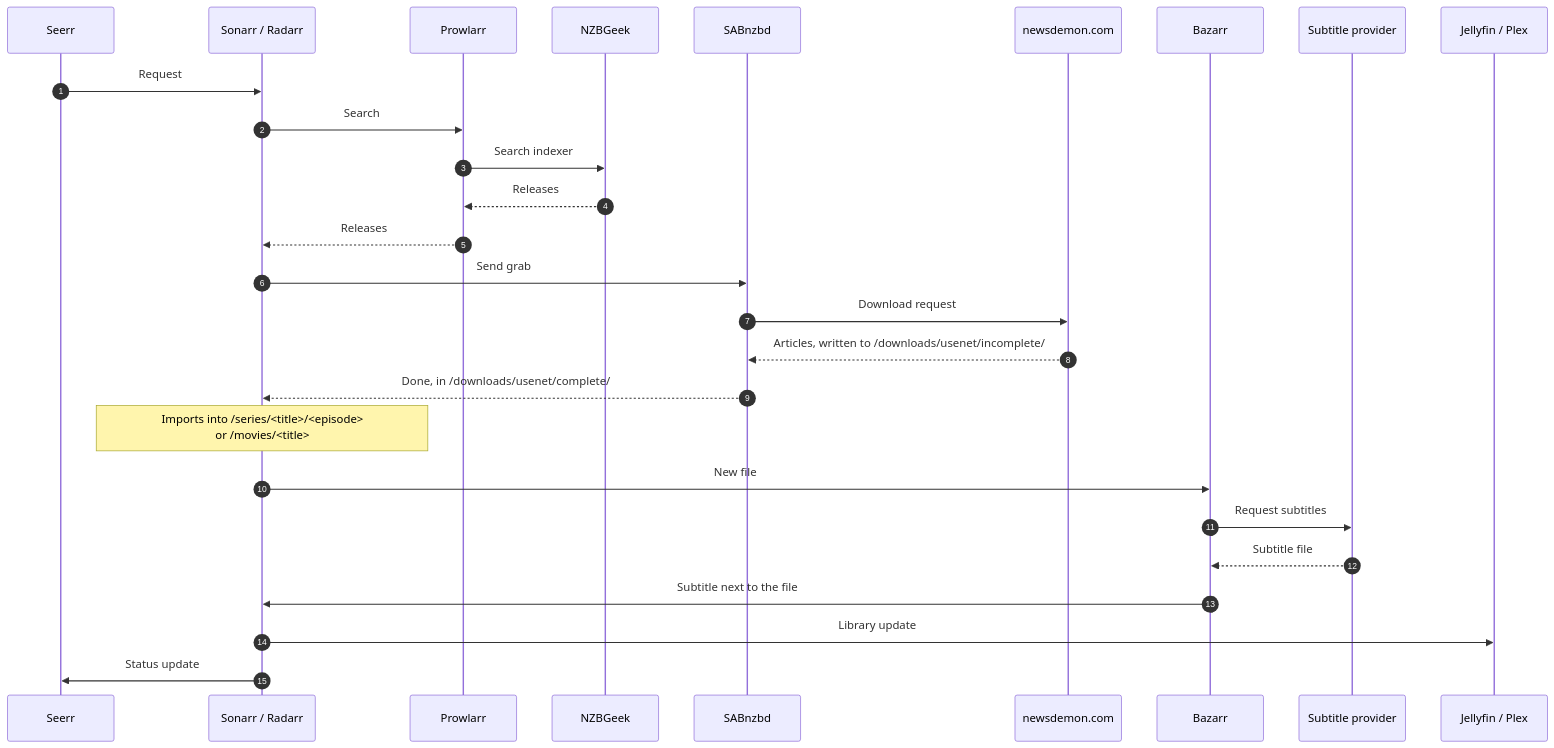
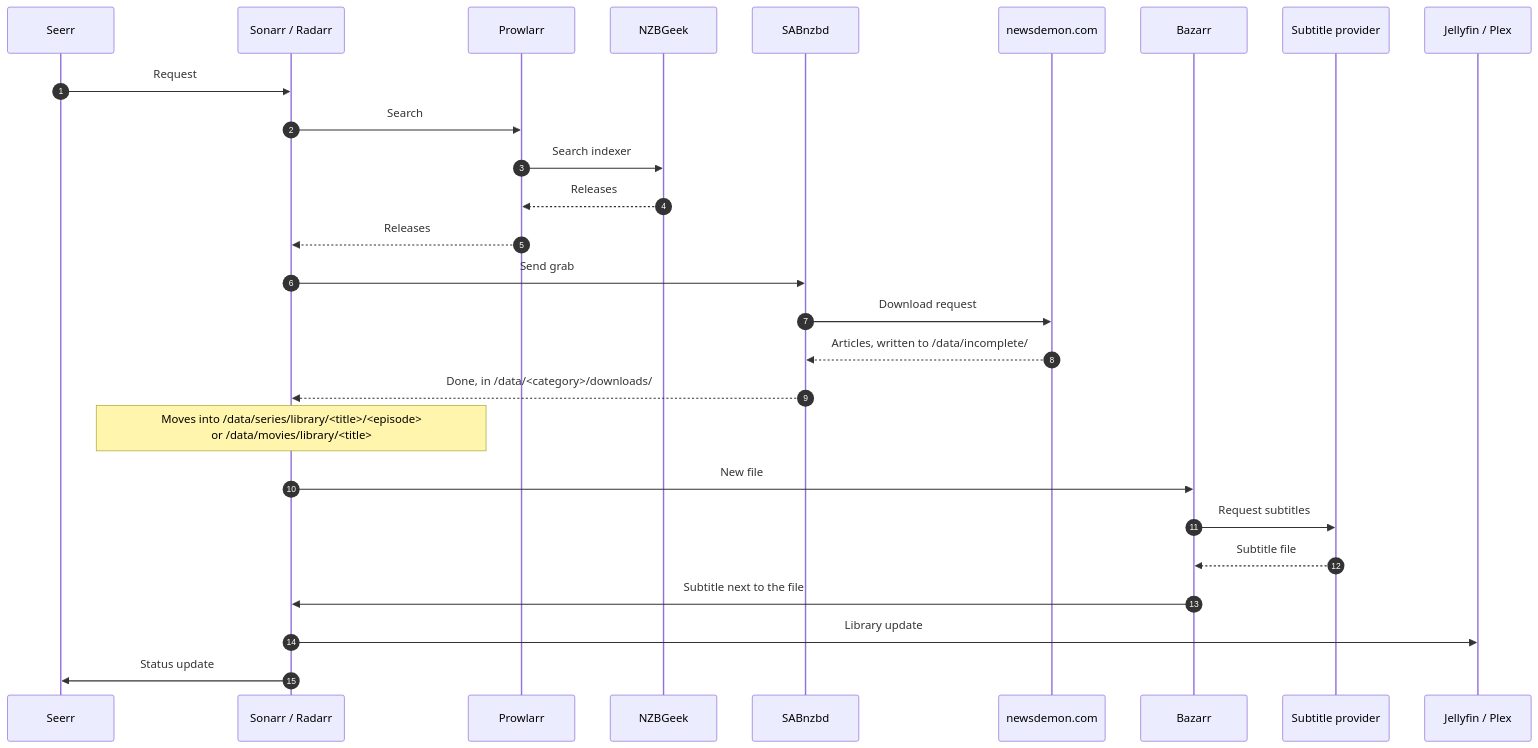
Before and after one commit to davydehaas98/homelab: the diagram in docs/diagrams/request-flow.mmd, drawn with Mermaid. The commit also changed 12 other files, not shown here.

```diff
--- a/docs/diagrams/request-flow.mmd
+++ b/docs/diagrams/request-flow.mmd
@@ -1,32 +1,32 @@
 sequenceDiagram
     autonumber
     participant Seerr
     participant Arr as Sonarr / Radarr
     participant Prowlarr
     participant Indexer as NZBGeek
     participant SABnzbd
     participant Usenet as newsdemon.com
     participant Bazarr
     participant Provider as Subtitle provider
     participant Streamer as Jellyfin / Plex
 
     Seerr->>Arr: Request
     Arr->>Prowlarr: Search
     Prowlarr->>Indexer: Search indexer
     Indexer-->>Prowlarr: Releases
     Prowlarr-->>Arr: Releases
     Arr->>SABnzbd: Send grab
 
     SABnzbd->>Usenet: Download request
-    Usenet-->>SABnzbd: Articles, written to /downloads/usenet/incomplete/
-    SABnzbd-->>Arr: Done, in /downloads/usenet/complete/
+    Usenet-->>SABnzbd: Articles, written to /data/incomplete/
+    SABnzbd-->>Arr: Done, in /data/#lt;category#gt;/downloads/
 
-    Note over Arr: Imports into /series/#lt;title#gt;/#lt;episode#gt;<br/>or /movies/#lt;title#gt;
+    Note over Arr: Moves into /data/series/library/#lt;title#gt;/#lt;episode#gt;<br/>or /data/movies/library/#lt;title#gt;
 
     Arr->>Bazarr: New file
     Bazarr->>Provider: Request subtitles
     Provider-->>Bazarr: Subtitle file
     Bazarr->>Arr: Subtitle next to the file
 
     Arr->>Streamer: Library update
     Arr->>Seerr: Status update
```
